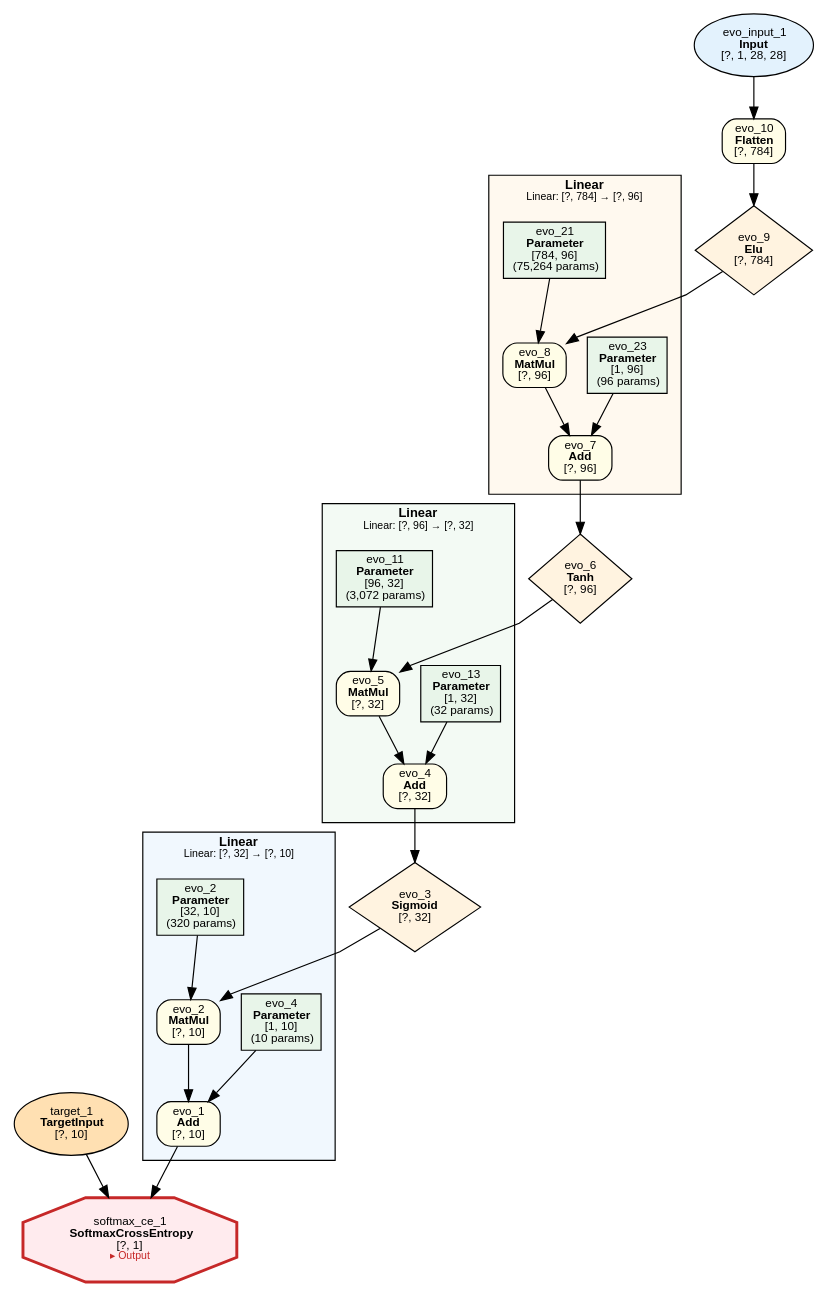
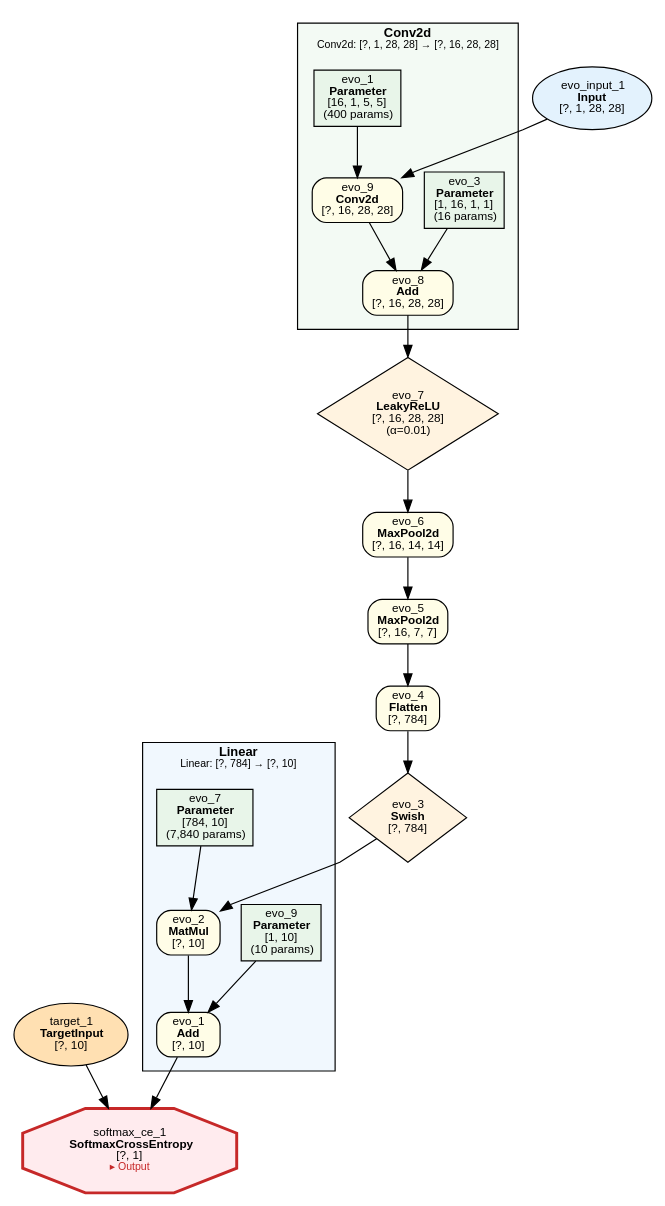
One commit to dbsxdbsx/only_torch changed the diagram in examples/evolution/mnist/evolution_mnist.dot. Above: the diagram before and after it, drawn with Graphviz. The commit also changed 13 other files, not shown here.

```diff
--- a/examples/evolution/mnist/evolution_mnist.dot
+++ b/examples/evolution/mnist/evolution_mnist.dot
@@ -1,73 +1,58 @@
 digraph ComputeGraph {
     rankdir=TB;
     newrank=true;
     splines=polyline;
     node [fontname="Microsoft YaHei,SimHei,Arial"];
     edge [fontname="Microsoft YaHei,SimHei,Arial"];
 
-    subgraph cluster_group_linear_1 {
-        label=<<B>Linear</B><BR/><FONT POINT-SIZE="9">Linear: [?, 32] → [?, 10]</FONT>>;
+    subgraph cluster_group_linear_3 {
+        label=<<B>Linear</B><BR/><FONT POINT-SIZE="9">Linear: [?, 784] → [?, 10]</FONT>>;
         style=filled;
         fillcolor="#E3F2FD80";
         fontname="Microsoft YaHei,SimHei,Arial";
         fontsize=11;
         margin=12;
             "2" [label=<evo_1<BR/><B>Add</B><BR/>[?, 10]> shape=box style="filled,rounded" fillcolor="#FFFDE7" fontsize=10];
             "4" [label=<evo_2<BR/><B>MatMul</B><BR/>[?, 10]> shape=box style="filled,rounded" fillcolor="#FFFDE7" fontsize=10];
-            "5" [label=<evo_4<BR/><B>Parameter</B><BR/>[1, 10]<BR/>(10 params)> shape=box style=filled fillcolor="#E8F5E9" fontsize=10];
-            "7" [label=<evo_2<BR/><B>Parameter</B><BR/>[32, 10]<BR/>(320 params)> shape=box style=filled fillcolor="#E8F5E9" fontsize=10];
+            "5" [label=<evo_9<BR/><B>Parameter</B><BR/>[1, 10]<BR/>(10 params)> shape=box style=filled fillcolor="#E8F5E9" fontsize=10];
+            "7" [label=<evo_7<BR/><B>Parameter</B><BR/>[784, 10]<BR/>(7,840 params)> shape=box style=filled fillcolor="#E8F5E9" fontsize=10];
     }
 
-    subgraph cluster_group_linear_3 {
-        label=<<B>Linear</B><BR/><FONT POINT-SIZE="9">Linear: [?, 96] → [?, 32]</FONT>>;
+    subgraph cluster_group_conv2d_0 {
+        label=<<B>Conv2d</B><BR/><FONT POINT-SIZE="9">Conv2d: [?, 1, 28, 28] → [?, 16, 28, 28]</FONT>>;
         style=filled;
         fillcolor="#E8F5E980";
         fontname="Microsoft YaHei,SimHei,Arial";
         fontsize=11;
         margin=12;
-            "8" [label=<evo_4<BR/><B>Add</B><BR/>[?, 32]> shape=box style="filled,rounded" fillcolor="#FFFDE7" fontsize=10];
-            "9" [label=<evo_5<BR/><B>MatMul</B><BR/>[?, 32]> shape=box style="filled,rounded" fillcolor="#FFFDE7" fontsize=10];
-            "10" [label=<evo_13<BR/><B>Parameter</B><BR/>[1, 32]<BR/>(32 params)> shape=box style=filled fillcolor="#E8F5E9" fontsize=10];
-            "12" [label=<evo_11<BR/><B>Parameter</B><BR/>[96, 32]<BR/>(3,072 params)> shape=box style=filled fillcolor="#E8F5E9" fontsize=10];
-    }
-
-    subgraph cluster_group_linear_4 {
-        label=<<B>Linear</B><BR/><FONT POINT-SIZE="9">Linear: [?, 784] → [?, 96]</FONT>>;
-        style=filled;
-        fillcolor="#FFF3E080";
-        fontname="Microsoft YaHei,SimHei,Arial";
-        fontsize=11;
-        margin=12;
-            "13" [label=<evo_7<BR/><B>Add</B><BR/>[?, 96]> shape=box style="filled,rounded" fillcolor="#FFFDE7" fontsize=10];
-            "14" [label=<evo_8<BR/><B>MatMul</B><BR/>[?, 96]> shape=box style="filled,rounded" fillcolor="#FFFDE7" fontsize=10];
-            "15" [label=<evo_23<BR/><B>Parameter</B><BR/>[1, 96]<BR/>(96 params)> shape=box style=filled fillcolor="#E8F5E9" fontsize=10];
-            "17" [label=<evo_21<BR/><B>Parameter</B><BR/>[784, 96]<BR/>(75,264 params)> shape=box style=filled fillcolor="#E8F5E9" fontsize=10];
+            "12" [label=<evo_8<BR/><B>Add</B><BR/>[?, 16, 28, 28]> shape=box style="filled,rounded" fillcolor="#FFFDE7" fontsize=10];
+            "13" [label=<evo_9<BR/><B>Conv2d</B><BR/>[?, 16, 28, 28]> shape=box style="filled,rounded" fillcolor="#FFFDE7" fontsize=10];
+            "14" [label=<evo_3<BR/><B>Parameter</B><BR/>[1, 16, 1, 1]<BR/>(16 params)> shape=box style=filled fillcolor="#E8F5E9" fontsize=10];
+            "16" [label=<evo_1<BR/><B>Parameter</B><BR/>[16, 1, 5, 5]<BR/>(400 params)> shape=box style=filled fillcolor="#E8F5E9" fontsize=10];
     }
 
     "1" [label=<softmax_ce_1<BR/><B>SoftmaxCrossEntropy</B><BR/>[?, 1]<BR/><FONT COLOR="#C62828" POINT-SIZE="9">▸ Output</FONT>> shape=octagon style=filled fillcolor="#FFEBEE" fontsize=10 penwidth=2.5 color="#C62828"];
     "3" [label=<target_1<BR/><B>TargetInput</B><BR/>[?, 10]> shape=ellipse style=filled fillcolor="#FFE0B2" fontsize=10];
-    "6" [label=<evo_3<BR/><B>Sigmoid</B><BR/>[?, 32]> shape=diamond style=filled fillcolor="#FFF3E0" fontsize=10];
-    "11" [label=<evo_6<BR/><B>Tanh</B><BR/>[?, 96]> shape=diamond style=filled fillcolor="#FFF3E0" fontsize=10];
-    "16" [label=<evo_9<BR/><B>Elu</B><BR/>[?, 784]> shape=diamond style=filled fillcolor="#FFF3E0" fontsize=10];
-    "18" [label=<evo_10<BR/><B>Flatten</B><BR/>[?, 784]> shape=box style="filled,rounded" fillcolor="#FFFDE7" fontsize=10];
-    "19" [label=<evo_input_1<BR/><B>Input</B><BR/>[?, 1, 28, 28]> shape=ellipse style=filled fillcolor="#E3F2FD" fontsize=10];
+    "6" [label=<evo_3<BR/><B>Swish</B><BR/>[?, 784]> shape=diamond style=filled fillcolor="#FFF3E0" fontsize=10];
+    "8" [label=<evo_4<BR/><B>Flatten</B><BR/>[?, 784]> shape=box style="filled,rounded" fillcolor="#FFFDE7" fontsize=10];
+    "9" [label=<evo_5<BR/><B>MaxPool2d</B><BR/>[?, 16, 7, 7]> shape=box style="filled,rounded" fillcolor="#FFFDE7" fontsize=10];
+    "10" [label=<evo_6<BR/><B>MaxPool2d</B><BR/>[?, 16, 14, 14]> shape=box style="filled,rounded" fillcolor="#FFFDE7" fontsize=10];
+    "11" [label=<evo_7<BR/><B>LeakyReLU</B><BR/>[?, 16, 28, 28]<BR/>(α=0.01)> shape=diamond style=filled fillcolor="#FFF3E0" fontsize=10];
+    "15" [label=<evo_input_1<BR/><B>Input</B><BR/>[?, 1, 28, 28]> shape=ellipse style=filled fillcolor="#E3F2FD" fontsize=10];
 
     "2" -> "1";
     "3" -> "1";
     "4" -> "2";
     "5" -> "2";
     "6" -> "4";
     "7" -> "4";
     "8" -> "6";
     "9" -> "8";
-    "10" -> "8";
-    "11" -> "9";
-    "12" -> "9";
-    "13" -> "11";
-    "14" -> "13";
+    "10" -> "9";
+    "11" -> "10";
+    "12" -> "11";
+    "13" -> "12";
+    "14" -> "12";
     "15" -> "13";
-    "16" -> "14";
-    "17" -> "14";
-    "18" -> "16";
-    "19" -> "18";
+    "16" -> "13";
 }
```
